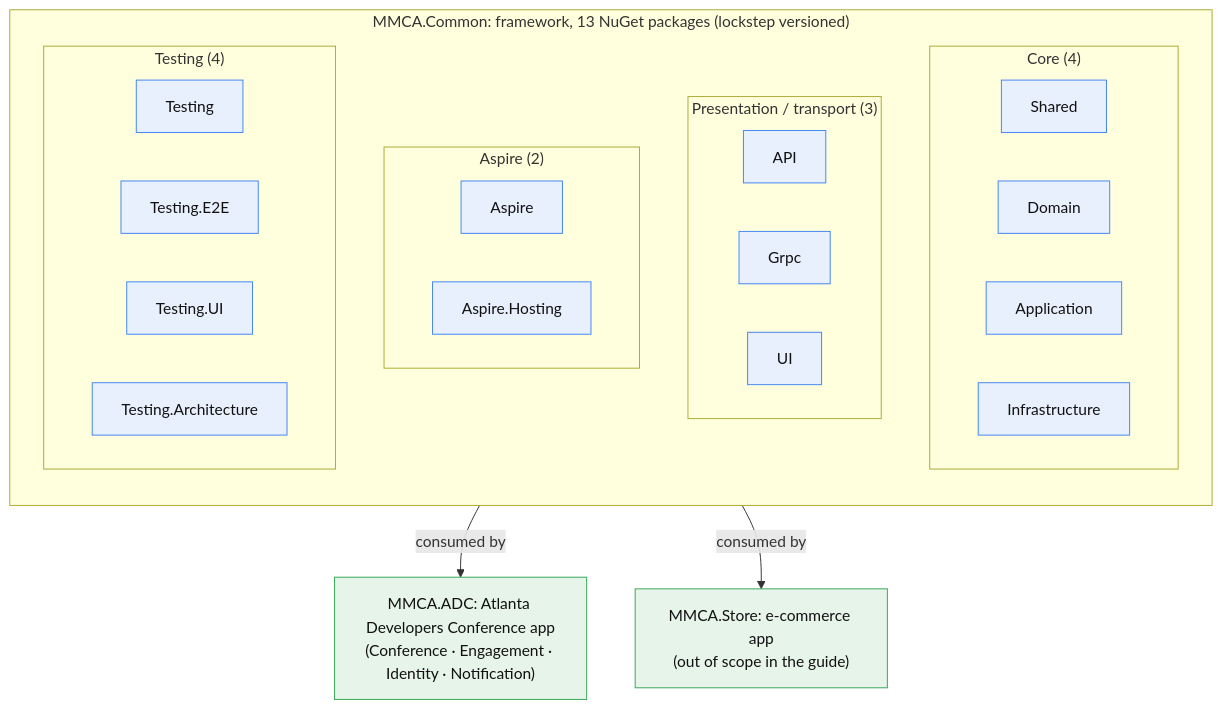
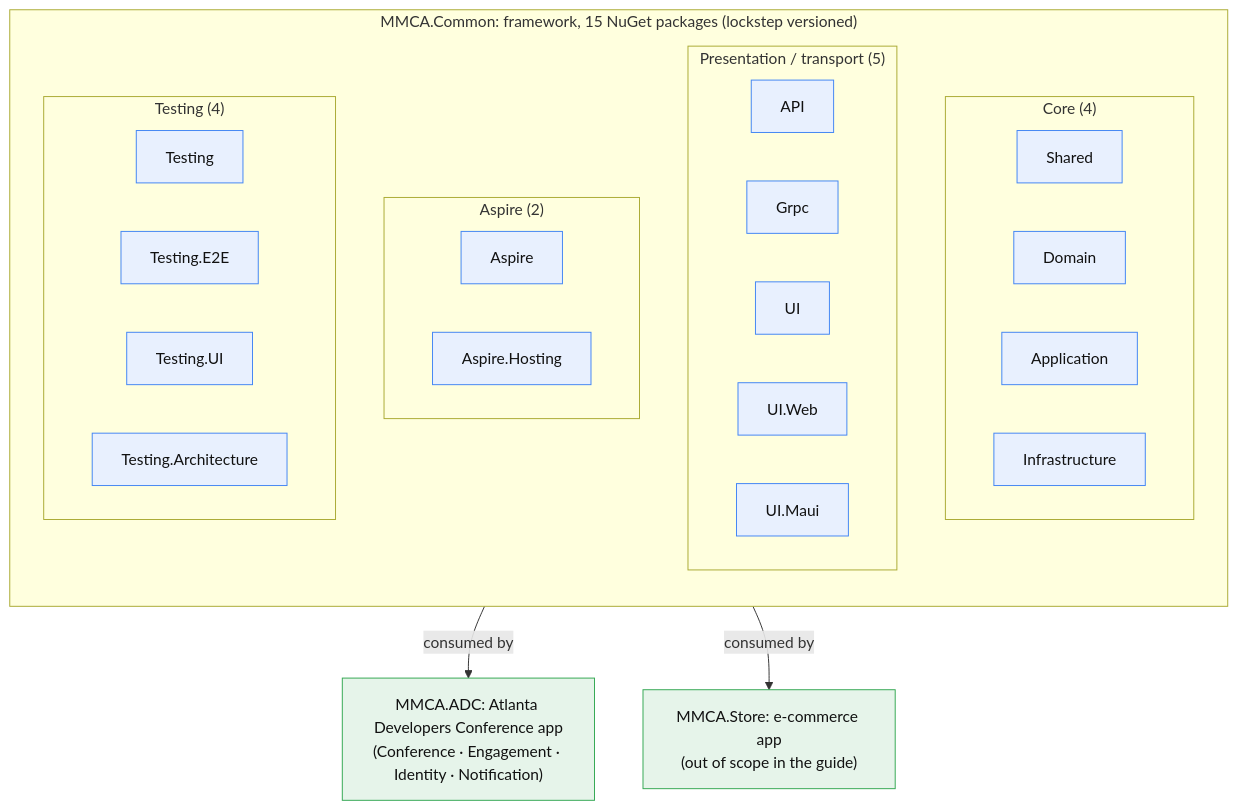
One commit to ivanball/ivanball.github.io changed the first of 15 diagrams in docs-src/onboarding/CONCEPT-MAPS.md. Above: the diagram before and after it, drawn with Mermaid. The commit also changed other lines of this file and 7 other files, not shown here.

First line of the commit message:
docs(onboarding): fix stale package count and refresh the MMCA.Common CI/CD walkthroughs (#39)

````diff
--- a/docs-src/onboarding/CONCEPT-MAPS.md
+++ b/docs-src/onboarding/CONCEPT-MAPS.md
@@ -20,38 +20,40 @@
 ```mermaid
 flowchart TD
-    subgraph COMMON["MMCA.Common: framework, 13 NuGet packages (lockstep versioned)"]
+    subgraph COMMON["MMCA.Common: framework, 15 NuGet packages (lockstep versioned)"]
         direction TB
         subgraph CORE["Core (4)"]
             SH["Shared"]
             DOM["Domain"]
             APP["Application"]
             INF["Infrastructure"]
         end
-        subgraph PRES["Presentation / transport (3)"]
+        subgraph PRES["Presentation / transport (5)"]
             API["API"]
             GRPC["Grpc"]
             UI["UI"]
+            UIW["UI.Web"]
+            UIM["UI.Maui"]
         end
         subgraph ASP["Aspire (2)"]
             ASPIRE["Aspire"]
             ASPH["Aspire.Hosting"]
         end
         subgraph TEST["Testing (4)"]
             T1["Testing"]
             T2["Testing.E2E"]
             T3["Testing.UI"]
             T4["Testing.Architecture"]
         end
     end
 
     ADC["MMCA.ADC: Atlanta Developers Conference app<br/>(Conference · Engagement · Identity · Notification)"]
     STORE["MMCA.Store: e-commerce app<br/>(out of scope in the guide)"]
 
     COMMON -->|"consumed by"| ADC
     COMMON -->|"consumed by"| STORE
 
     classDef fw fill:#e8f0fe,stroke:#4285f4,color:#111
     classDef con fill:#e6f4ea,stroke:#34a853,color:#111
-    class SH,DOM,APP,INF,API,GRPC,UI,ASPIRE,ASPH,T1,T2,T3,T4 fw
+    class SH,DOM,APP,INF,API,GRPC,UI,UIW,UIM,ASPIRE,ASPH,T1,T2,T3,T4 fw
     class ADC,STORE con
 ```
````
